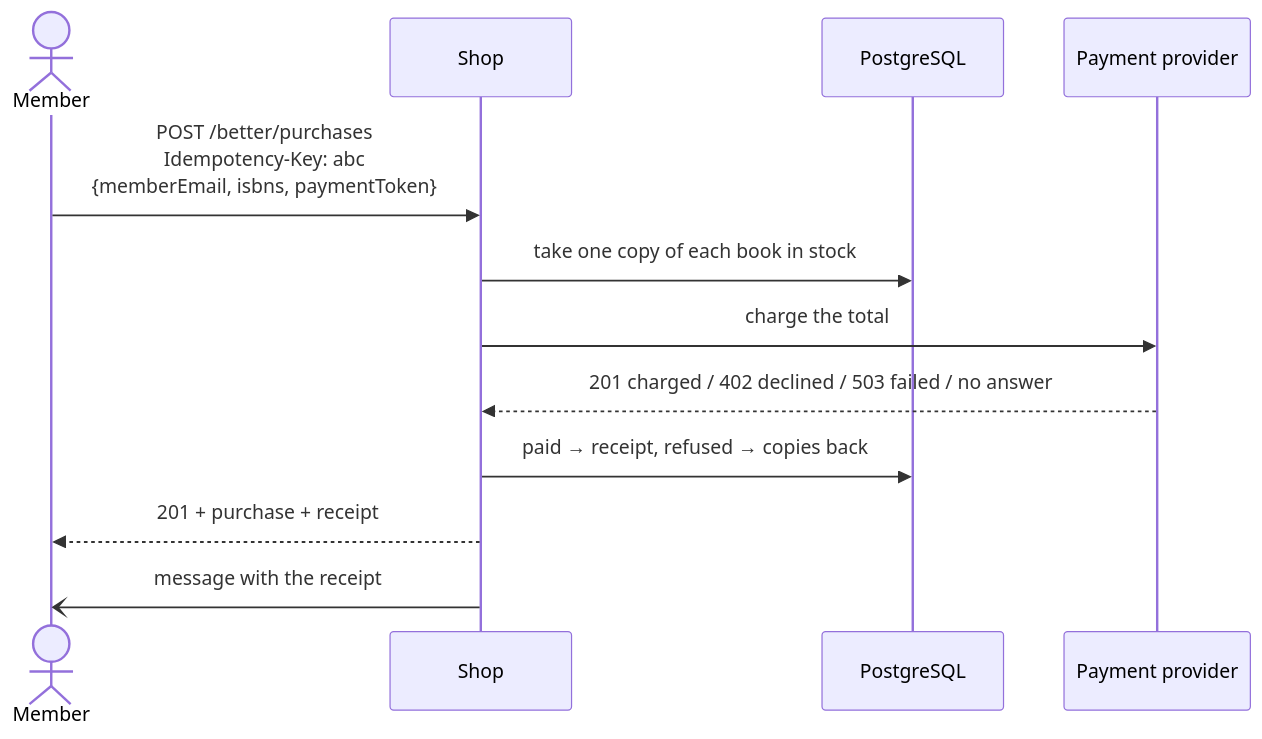
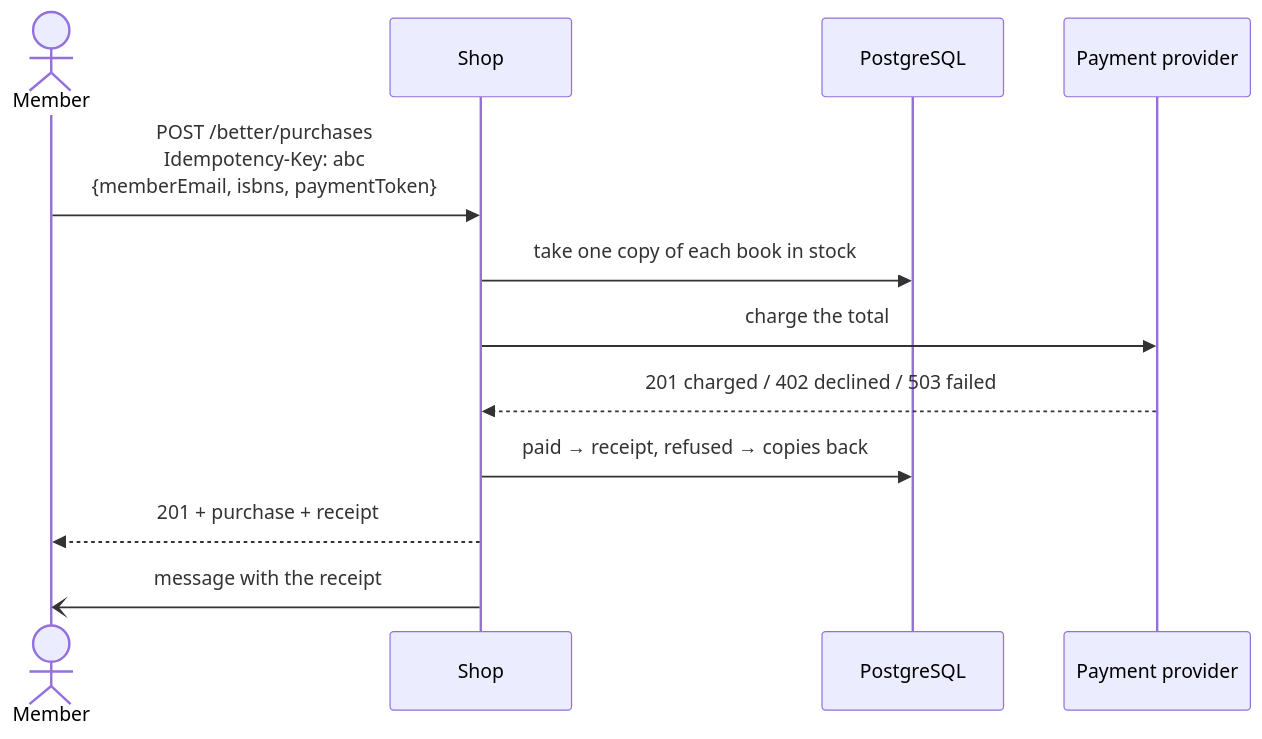
One commit to LabInternetPub/JPAlibraryExample changed the first of 3 diagrams in lessons/selling-books-lessons.md. Above: the diagram before and after it, drawn with Mermaid. The commit also changed other lines of this file and 24 other files, not shown here.

````diff
--- a/lessons/selling-books-lessons.md
+++ b/lessons/selling-books-lessons.md
@@ -46,14 +46,14 @@
 ```mermaid
 sequenceDiagram
     actor M as Member
     participant S as Shop
     participant DB as PostgreSQL
     participant P as Payment provider
     M->>S: POST /better/purchases<br/>Idempotency-Key: abc<br/>{memberEmail, isbns, paymentToken}
     S->>DB: take one copy of each book in stock
     S->>P: charge the total
-    P-->>S: 201 charged / 402 declined / 503 failed / no answer
+    P-->>S: 201 charged / 402 declined / 503 failed
     S->>DB: paid → receipt, refused → copies back
     S-->>M: 201 + purchase + receipt
     S-)M: message with the receipt
 ```
````
